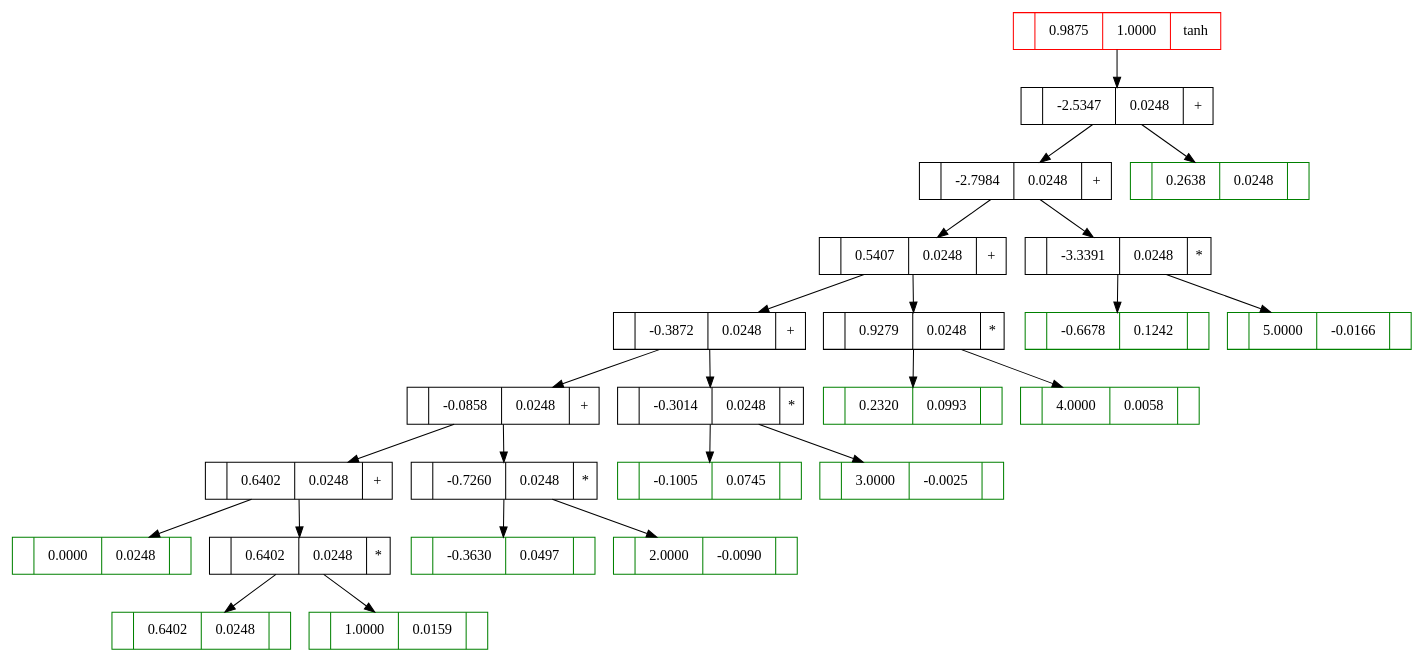
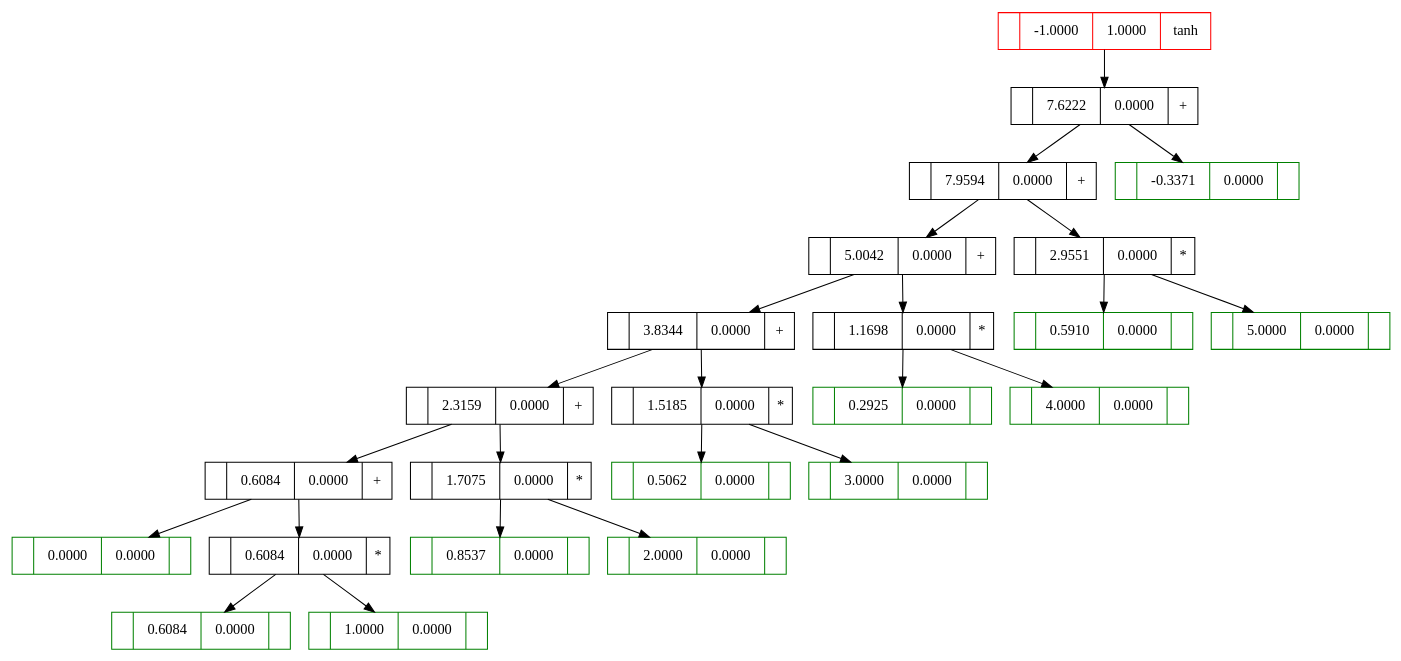
One commit to gavi/micrograd_cs changed the diagram in graph.dot. Above: the diagram before and after it, drawn with Graphviz. The commit also changed 2 other files, not shown here.

```diff
--- a/graph.dot
+++ b/graph.dot
@@ -1,49 +1,49 @@
 digraph Micrograd { 
-	"770a1593-447c-4767-8dfb-1abcfafda179"[color="#FF0000",fillcolor="#808080",label="|0.9875|1.0000|tanh",shape=record]; 
-	"d99e1944-0318-4236-8752-e8164b3286e7"[label="|-2.5347|0.0248|+",shape=record]; 
-	"ce10bed0-80d5-45a2-95e5-d9bd2fd07b39"[label="|-2.7984|0.0248|+",shape=record]; 
-	"8f1aaa93-b2cc-4e03-b31e-d9bbe5e8ae4b"[label="|0.5407|0.0248|+",shape=record]; 
-	"939f8ce1-ad10-4a98-b7ce-df02bc34c125"[label="|-0.3872|0.0248|+",shape=record]; 
-	"3dff027d-b678-4090-a5d8-9edd108b0ed4"[label="|-0.0858|0.0248|+",shape=record]; 
-	"6542eaa9-409d-4217-94d3-5366b660c494"[label="|0.6402|0.0248|+",shape=record]; 
-	"49295c93-3ae7-4d20-9d41-2e53900373be"[color="#008000",fillcolor="#90EE90",label="|0.0000|0.0248|",shape=record]; 
-	"6542eaa9-409d-4217-94d3-5366b660c494" -> "49295c93-3ae7-4d20-9d41-2e53900373be"; 
-	"813f28fb-9fb5-4948-8171-f61144baad3d"[label="|0.6402|0.0248|*",shape=record]; 
-	"1ad1b355-4be4-40f1-a9d7-8f91c29220cb"[color="#008000",fillcolor="#90EE90",label="|0.6402|0.0248|",shape=record]; 
-	"813f28fb-9fb5-4948-8171-f61144baad3d" -> "1ad1b355-4be4-40f1-a9d7-8f91c29220cb"; 
-	"b7e99f7a-46f0-43c9-a920-129ccf035860"[color="#008000",fillcolor="#90EE90",label="|1.0000|0.0159|",shape=record]; 
-	"813f28fb-9fb5-4948-8171-f61144baad3d" -> "b7e99f7a-46f0-43c9-a920-129ccf035860"; 
-	"6542eaa9-409d-4217-94d3-5366b660c494" -> "813f28fb-9fb5-4948-8171-f61144baad3d"; 
-	"3dff027d-b678-4090-a5d8-9edd108b0ed4" -> "6542eaa9-409d-4217-94d3-5366b660c494"; 
-	"278b2bab-d69b-4f9e-9682-7e71e47a16f6"[label="|-0.7260|0.0248|*",shape=record]; 
-	"bbfa7113-8c2a-4409-b4c3-20c95469f209"[color="#008000",fillcolor="#90EE90",label="|-0.3630|0.0497|",shape=record]; 
-	"278b2bab-d69b-4f9e-9682-7e71e47a16f6" -> "bbfa7113-8c2a-4409-b4c3-20c95469f209"; 
-	"abf6dfee-1943-4d1c-b4ee-1d8cf70050c4"[color="#008000",fillcolor="#90EE90",label="|2.0000|-0.0090|",shape=record]; 
-	"278b2bab-d69b-4f9e-9682-7e71e47a16f6" -> "abf6dfee-1943-4d1c-b4ee-1d8cf70050c4"; 
-	"3dff027d-b678-4090-a5d8-9edd108b0ed4" -> "278b2bab-d69b-4f9e-9682-7e71e47a16f6"; 
-	"939f8ce1-ad10-4a98-b7ce-df02bc34c125" -> "3dff027d-b678-4090-a5d8-9edd108b0ed4"; 
-	"5bf30429-104b-4bb8-943c-1a22fcbf68d5"[label="|-0.3014|0.0248|*",shape=record]; 
-	"106db374-df5c-46f9-ac0a-878a0df2f913"[color="#008000",fillcolor="#90EE90",label="|-0.1005|0.0745|",shape=record]; 
-	"5bf30429-104b-4bb8-943c-1a22fcbf68d5" -> "106db374-df5c-46f9-ac0a-878a0df2f913"; 
-	"48bd09cd-1696-46ee-8e4a-46be210afdf0"[color="#008000",fillcolor="#90EE90",label="|3.0000|-0.0025|",shape=record]; 
-	"5bf30429-104b-4bb8-943c-1a22fcbf68d5" -> "48bd09cd-1696-46ee-8e4a-46be210afdf0"; 
-	"939f8ce1-ad10-4a98-b7ce-df02bc34c125" -> "5bf30429-104b-4bb8-943c-1a22fcbf68d5"; 
-	"8f1aaa93-b2cc-4e03-b31e-d9bbe5e8ae4b" -> "939f8ce1-ad10-4a98-b7ce-df02bc34c125"; 
-	"307b51a2-24b0-4d43-ab06-f13025ce9ebb"[label="|0.9279|0.0248|*",shape=record]; 
-	"09e5a0e1-947c-4448-9224-95f2da744f43"[color="#008000",fillcolor="#90EE90",label="|0.2320|0.0993|",shape=record]; 
-	"307b51a2-24b0-4d43-ab06-f13025ce9ebb" -> "09e5a0e1-947c-4448-9224-95f2da744f43"; 
-	"68c5b8b8-f402-4b21-a50b-2a8e50c6967b"[color="#008000",fillcolor="#90EE90",label="|4.0000|0.0058|",shape=record]; 
-	"307b51a2-24b0-4d43-ab06-f13025ce9ebb" -> "68c5b8b8-f402-4b21-a50b-2a8e50c6967b"; 
-	"8f1aaa93-b2cc-4e03-b31e-d9bbe5e8ae4b" -> "307b51a2-24b0-4d43-ab06-f13025ce9ebb"; 
-	"ce10bed0-80d5-45a2-95e5-d9bd2fd07b39" -> "8f1aaa93-b2cc-4e03-b31e-d9bbe5e8ae4b"; 
-	"c34fc2a2-baaa-419b-89df-14d422b3ecca"[label="|-3.3391|0.0248|*",shape=record]; 
-	"87f0ef84-cb58-4955-a1d2-4cf389a81822"[color="#008000",fillcolor="#90EE90",label="|-0.6678|0.1242|",shape=record]; 
-	"c34fc2a2-baaa-419b-89df-14d422b3ecca" -> "87f0ef84-cb58-4955-a1d2-4cf389a81822"; 
-	"30990c1d-b662-48a1-bce7-ac0379b4ad51"[color="#008000",fillcolor="#90EE90",label="|5.0000|-0.0166|",shape=record]; 
-	"c34fc2a2-baaa-419b-89df-14d422b3ecca" -> "30990c1d-b662-48a1-bce7-ac0379b4ad51"; 
-	"ce10bed0-80d5-45a2-95e5-d9bd2fd07b39" -> "c34fc2a2-baaa-419b-89df-14d422b3ecca"; 
-	"d99e1944-0318-4236-8752-e8164b3286e7" -> "ce10bed0-80d5-45a2-95e5-d9bd2fd07b39"; 
-	"aaee081c-e9fc-4d37-b25b-9addecf6376c"[color="#008000",fillcolor="#90EE90",label="|0.2638|0.0248|",shape=record]; 
-	"d99e1944-0318-4236-8752-e8164b3286e7" -> "aaee081c-e9fc-4d37-b25b-9addecf6376c"; 
-	"770a1593-447c-4767-8dfb-1abcfafda179" -> "d99e1944-0318-4236-8752-e8164b3286e7"; 
+	"0fac8ecc-f167-401c-8ab5-3e5e75c9538f"[color="#FF0000",fillcolor="#808080",label="|-1.0000|1.0000|tanh",shape=record]; 
+	"53828b39-3a6c-448c-942d-af87a6502480"[label="|7.6222|0.0000|+",shape=record]; 
+	"63d92a64-73e4-4a91-a3ec-9007a6222b62"[label="|7.9594|0.0000|+",shape=record]; 
+	"71d65040-302d-4678-bd31-4fc5c81fd79b"[label="|5.0042|0.0000|+",shape=record]; 
+	"589ee02b-0c92-44d7-a2e9-058bfab608b1"[label="|3.8344|0.0000|+",shape=record]; 
+	"646071bf-4f48-4878-b143-9b0710b10d05"[label="|2.3159|0.0000|+",shape=record]; 
+	"1a72cab4-d50d-4f87-b55a-b902f5e0020c"[label="|0.6084|0.0000|+",shape=record]; 
+	"9275b22c-5b02-40cd-bc16-a260fc25c0bf"[color="#008000",fillcolor="#90EE90",label="|0.0000|0.0000|",shape=record]; 
+	"1a72cab4-d50d-4f87-b55a-b902f5e0020c" -> "9275b22c-5b02-40cd-bc16-a260fc25c0bf"; 
+	"69ec96b3-59d7-40cb-abf6-1a80843fee27"[label="|0.6084|0.0000|*",shape=record]; 
+	"82e09a45-1cc8-41c2-b489-958320a0b274"[color="#008000",fillcolor="#90EE90",label="|0.6084|0.0000|",shape=record]; 
+	"69ec96b3-59d7-40cb-abf6-1a80843fee27" -> "82e09a45-1cc8-41c2-b489-958320a0b274"; 
+	"44f4ec22-c5ca-4b6f-b988-233caa84960e"[color="#008000",fillcolor="#90EE90",label="|1.0000|0.0000|",shape=record]; 
+	"69ec96b3-59d7-40cb-abf6-1a80843fee27" -> "44f4ec22-c5ca-4b6f-b988-233caa84960e"; 
+	"1a72cab4-d50d-4f87-b55a-b902f5e0020c" -> "69ec96b3-59d7-40cb-abf6-1a80843fee27"; 
+	"646071bf-4f48-4878-b143-9b0710b10d05" -> "1a72cab4-d50d-4f87-b55a-b902f5e0020c"; 
+	"8f084336-94c2-4bdf-b08a-4f8617041e0e"[label="|1.7075|0.0000|*",shape=record]; 
+	"2a89232e-b6eb-459d-9d90-0172aea5cf08"[color="#008000",fillcolor="#90EE90",label="|0.8537|0.0000|",shape=record]; 
+	"8f084336-94c2-4bdf-b08a-4f8617041e0e" -> "2a89232e-b6eb-459d-9d90-0172aea5cf08"; 
+	"15625d69-5e27-4d3b-9785-84301411edd7"[color="#008000",fillcolor="#90EE90",label="|2.0000|0.0000|",shape=record]; 
+	"8f084336-94c2-4bdf-b08a-4f8617041e0e" -> "15625d69-5e27-4d3b-9785-84301411edd7"; 
+	"646071bf-4f48-4878-b143-9b0710b10d05" -> "8f084336-94c2-4bdf-b08a-4f8617041e0e"; 
+	"589ee02b-0c92-44d7-a2e9-058bfab608b1" -> "646071bf-4f48-4878-b143-9b0710b10d05"; 
+	"a7a1fb0e-d792-44c7-9856-c779f983993c"[label="|1.5185|0.0000|*",shape=record]; 
+	"c2603953-bf4b-40e2-abb4-13370ba72cc6"[color="#008000",fillcolor="#90EE90",label="|0.5062|0.0000|",shape=record]; 
+	"a7a1fb0e-d792-44c7-9856-c779f983993c" -> "c2603953-bf4b-40e2-abb4-13370ba72cc6"; 
+	"94738274-d45c-4c3d-8d2f-4f379205cc76"[color="#008000",fillcolor="#90EE90",label="|3.0000|0.0000|",shape=record]; 
+	"a7a1fb0e-d792-44c7-9856-c779f983993c" -> "94738274-d45c-4c3d-8d2f-4f379205cc76"; 
+	"589ee02b-0c92-44d7-a2e9-058bfab608b1" -> "a7a1fb0e-d792-44c7-9856-c779f983993c"; 
+	"71d65040-302d-4678-bd31-4fc5c81fd79b" -> "589ee02b-0c92-44d7-a2e9-058bfab608b1"; 
+	"c7548b72-7552-4505-8c75-98bb797564b1"[label="|1.1698|0.0000|*",shape=record]; 
+	"45040eb2-c546-4fff-9075-1b8bdb73c7b0"[color="#008000",fillcolor="#90EE90",label="|0.2925|0.0000|",shape=record]; 
+	"c7548b72-7552-4505-8c75-98bb797564b1" -> "45040eb2-c546-4fff-9075-1b8bdb73c7b0"; 
+	"7d0778f8-7305-4e7c-9640-56fececf03ba"[color="#008000",fillcolor="#90EE90",label="|4.0000|0.0000|",shape=record]; 
+	"c7548b72-7552-4505-8c75-98bb797564b1" -> "7d0778f8-7305-4e7c-9640-56fececf03ba"; 
+	"71d65040-302d-4678-bd31-4fc5c81fd79b" -> "c7548b72-7552-4505-8c75-98bb797564b1"; 
+	"63d92a64-73e4-4a91-a3ec-9007a6222b62" -> "71d65040-302d-4678-bd31-4fc5c81fd79b"; 
+	"171b4691-684b-4a59-8971-efb0dfd1f1b2"[label="|2.9551|0.0000|*",shape=record]; 
+	"b63085db-ca14-4103-9c93-de9b17181ea5"[color="#008000",fillcolor="#90EE90",label="|0.5910|0.0000|",shape=record]; 
+	"171b4691-684b-4a59-8971-efb0dfd1f1b2" -> "b63085db-ca14-4103-9c93-de9b17181ea5"; 
+	"276d8120-cb59-499d-9a56-2c1715a1799f"[color="#008000",fillcolor="#90EE90",label="|5.0000|0.0000|",shape=record]; 
+	"171b4691-684b-4a59-8971-efb0dfd1f1b2" -> "276d8120-cb59-499d-9a56-2c1715a1799f"; 
+	"63d92a64-73e4-4a91-a3ec-9007a6222b62" -> "171b4691-684b-4a59-8971-efb0dfd1f1b2"; 
+	"53828b39-3a6c-448c-942d-af87a6502480" -> "63d92a64-73e4-4a91-a3ec-9007a6222b62"; 
+	"c2014cc0-1281-4925-9d10-acfe24b1b35c"[color="#008000",fillcolor="#90EE90",label="|-0.3371|0.0000|",shape=record]; 
+	"53828b39-3a6c-448c-942d-af87a6502480" -> "c2014cc0-1281-4925-9d10-acfe24b1b35c"; 
+	"0fac8ecc-f167-401c-8ab5-3e5e75c9538f" -> "53828b39-3a6c-448c-942d-af87a6502480"; 
 }
```
